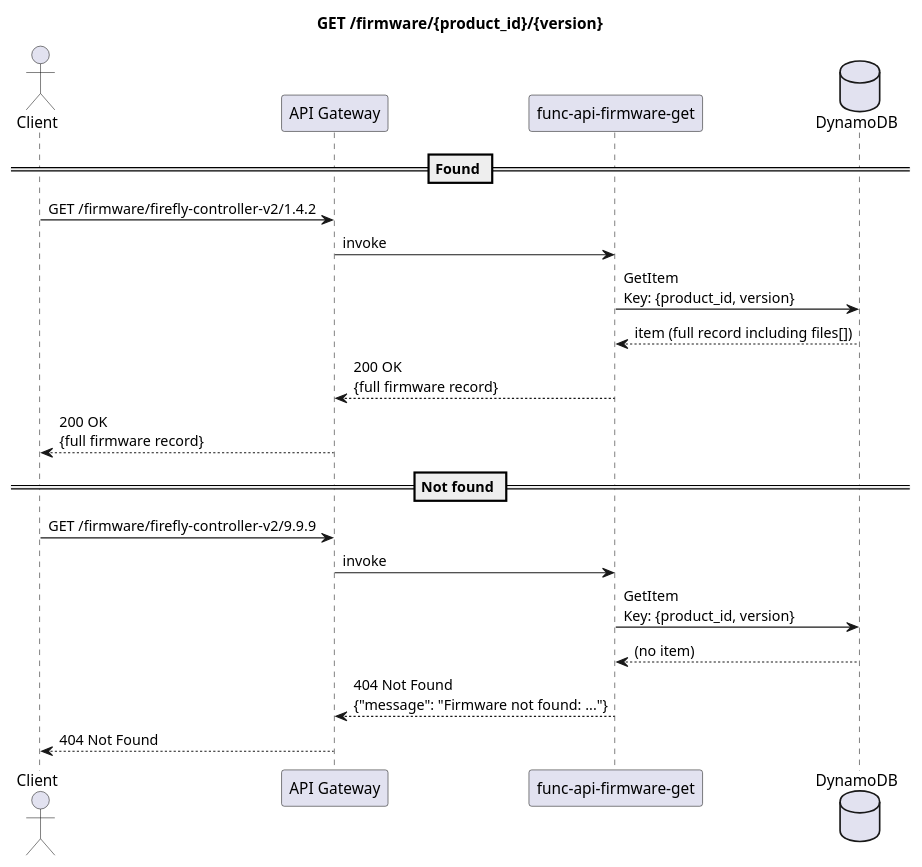
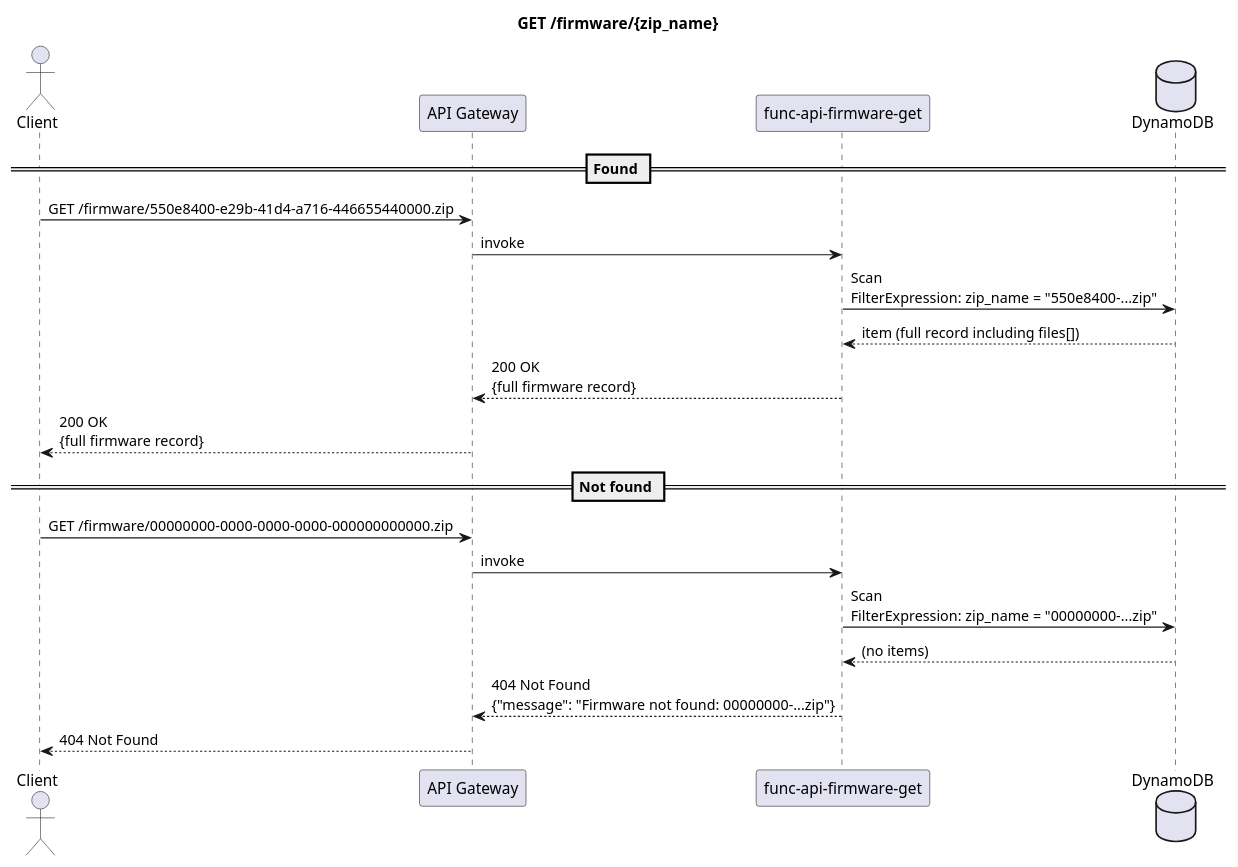
The diagram in docs/sequences/get-firmware-item.puml (BrentIO/FireFly-Cloud), drawn with PlantUML before and after one commit. The commit also changed 4 other files, not shown here.

First line of the commit message:
Update OpenAPI spec and sequence diagrams

```diff
--- a/docs/sequences/get-firmware-item.puml
+++ b/docs/sequences/get-firmware-item.puml
@@ -1,28 +1,28 @@
-@startuml GET /firmware/{product_id}/{version}
+@startuml GET /firmware/{zip_name}
 
-title GET /firmware/{product_id}/{version}
+title GET /firmware/{zip_name}
 
 actor Client
 participant "API Gateway" as APIGW
 participant "func-api-firmware-get" as Lambda
 database DynamoDB
 
 == Found ==
 
-Client -> APIGW : GET /firmware/firefly-controller-v2/1.4.2
+Client -> APIGW : GET /firmware/550e8400-e29b-41d4-a716-446655440000.zip
 APIGW -> Lambda : invoke
-Lambda -> DynamoDB : GetItem\nKey: {product_id, version}
+Lambda -> DynamoDB : Scan\nFilterExpression: zip_name = "550e8400-...zip"
 DynamoDB --> Lambda : item (full record including files[])
 Lambda --> APIGW : 200 OK\n{full firmware record}
 APIGW --> Client : 200 OK\n{full firmware record}
 
 == Not found ==
 
-Client -> APIGW : GET /firmware/firefly-controller-v2/9.9.9
+Client -> APIGW : GET /firmware/00000000-0000-0000-0000-000000000000.zip
 APIGW -> Lambda : invoke
-Lambda -> DynamoDB : GetItem\nKey: {product_id, version}
-DynamoDB --> Lambda : (no item)
-Lambda --> APIGW : 404 Not Found\n{"message": "Firmware not found: ..."}
+Lambda -> DynamoDB : Scan\nFilterExpression: zip_name = "00000000-...zip"
+DynamoDB --> Lambda : (no items)
+Lambda --> APIGW : 404 Not Found\n{"message": "Firmware not found: 00000000-...zip"}
 APIGW --> Client : 404 Not Found
 
 @enduml
```
